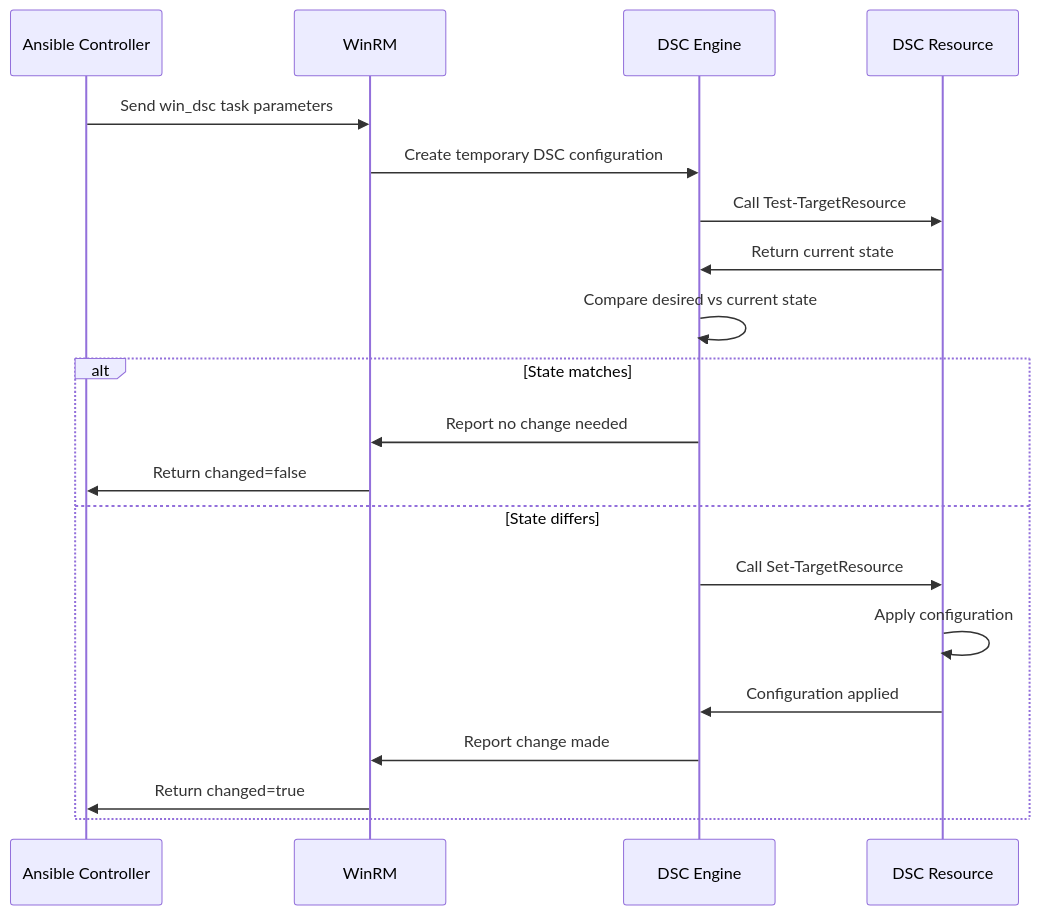
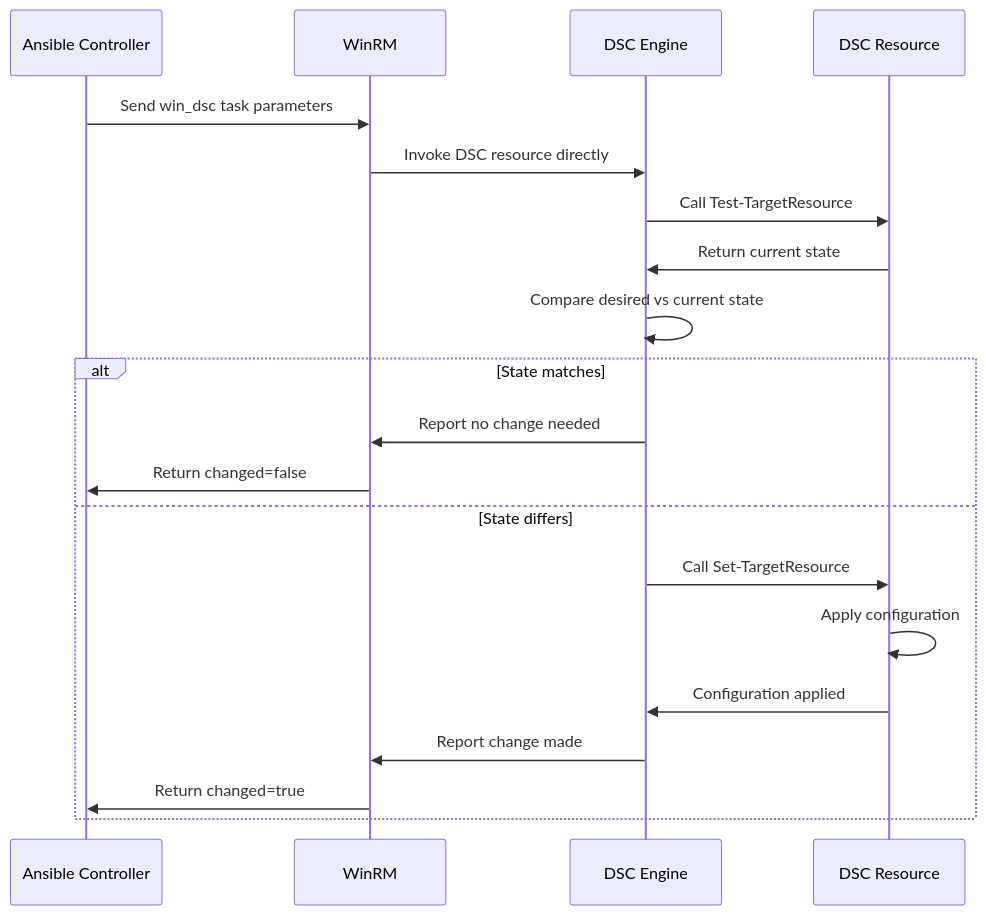
The diagram in posts/2026-02-21-how-to-use-ansible-win-dsc-module/README.md (OneUptime/blog), drawn with Mermaid before and after one commit. The commit also changed other lines of this file and 2 other files, not shown here.

Commit message:
validate: 2026-02-21-how-to-use-ansible-win-dsc-module

````diff
--- a/posts/2026-02-21-how-to-use-ansible-win-dsc-module/README.md
+++ b/posts/2026-02-21-how-to-use-ansible-win-dsc-module/README.md
@@ -314,23 +315,23 @@
 ```mermaid
 sequenceDiagram
     participant A as Ansible Controller
     participant W as WinRM
     participant DSC as DSC Engine
     participant R as DSC Resource
 
     A->>W: Send win_dsc task parameters
-    W->>DSC: Create temporary DSC configuration
+    W->>DSC: Invoke DSC resource directly
     DSC->>R: Call Test-TargetResource
     R->>DSC: Return current state
     DSC->>DSC: Compare desired vs current state
     alt State matches
         DSC->>W: Report no change needed
         W->>A: Return changed=false
     else State differs
         DSC->>R: Call Set-TargetResource
         R->>R: Apply configuration
         R->>DSC: Configuration applied
         DSC->>W: Report change made
         W->>A: Return changed=true
     end
 ```
````
